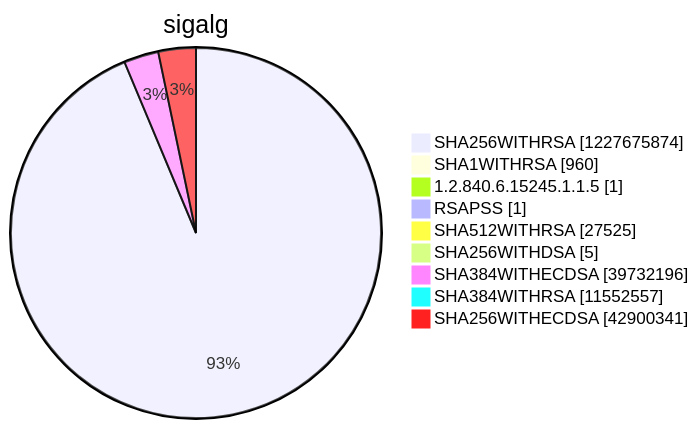
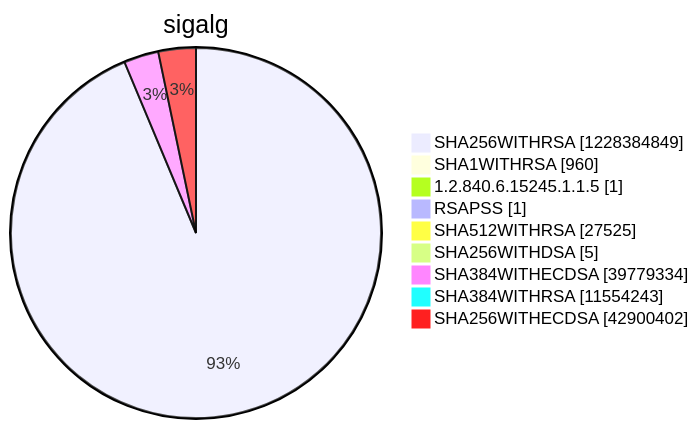
Before and after one commit to christiankrug/ctmonitor_visualization: diagram 15 of 15 in argon2022/README.md, drawn with Mermaid. The commit also changed other lines of this file, not shown here.

````diff
--- a/argon2022/README.md
+++ b/argon2022/README.md
@@ -5522,13 +5522,13 @@
 ```mermaid
 pie showData
 title sigalg
-"SHA256WITHRSA" :1227675874
+"SHA256WITHRSA" :1228384849
 "SHA1WITHRSA" :960
 "1.2.840.6.15245.1.1.5" :1
 "RSAPSS" :1
 "SHA512WITHRSA" :27525
 "SHA256WITHDSA" :5
-"SHA384WITHECDSA" :39732196
-"SHA384WITHRSA" :11552557
-"SHA256WITHECDSA" :42900341
+"SHA384WITHECDSA" :39779334
+"SHA384WITHRSA" :11554243
+"SHA256WITHECDSA" :42900402
 ```
````
